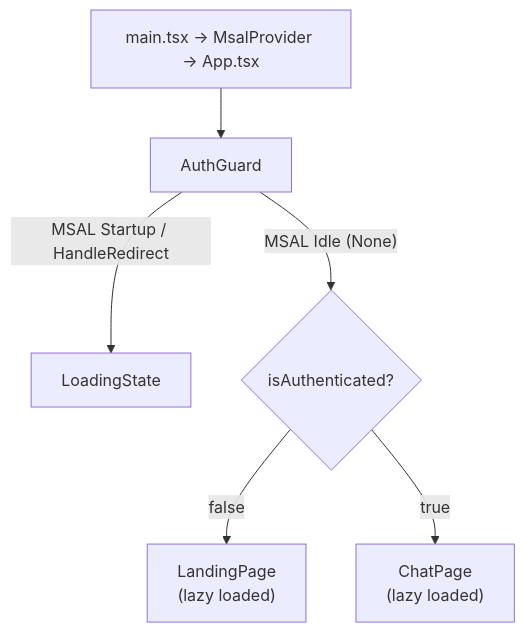
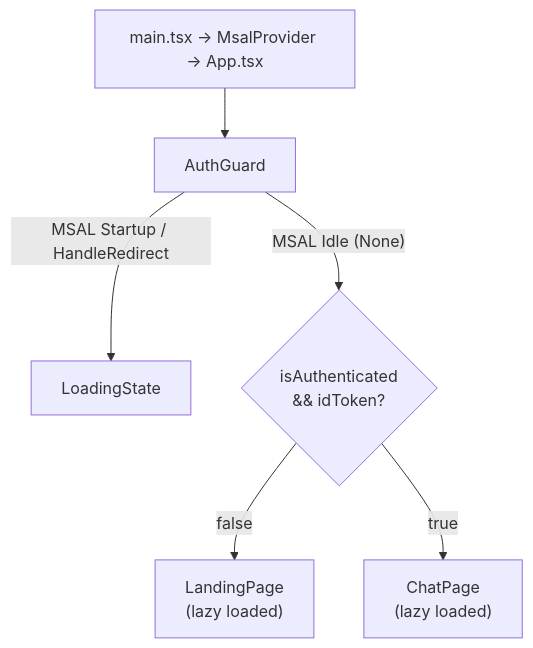
One commit to T-1009/personal-assistant changed the fourth of 14 diagrams in personal-assistant-meta/architecture/frontend_architecture.md. Above: the diagram before and after it, drawn with Mermaid. The commit also changed other lines of this file and 12 other files, not shown here.

````diff
--- a/personal-assistant-meta/architecture/frontend_architecture.md
+++ b/personal-assistant-meta/architecture/frontend_architecture.md
@@ -148,9 +152,9 @@
 ```mermaid
 flowchart TB
     MAIN["main.tsx → MsalProvider → App.tsx"]
     MAIN --> GUARD["AuthGuard"]
     GUARD -->|"MSAL Startup / HandleRedirect"| LOADING["LoadingState"]
-    GUARD -->|"MSAL Idle (None)"| AUTH{"isAuthenticated?"}
+    GUARD -->|"MSAL Idle (None)"| AUTH{"isAuthenticated<br/>&& idToken?"}
     AUTH -->|"false"| LP["LandingPage<br/>(lazy loaded)"]
     AUTH -->|"true"| CP["ChatPage<br/>(lazy loaded)"]
 ```
````
